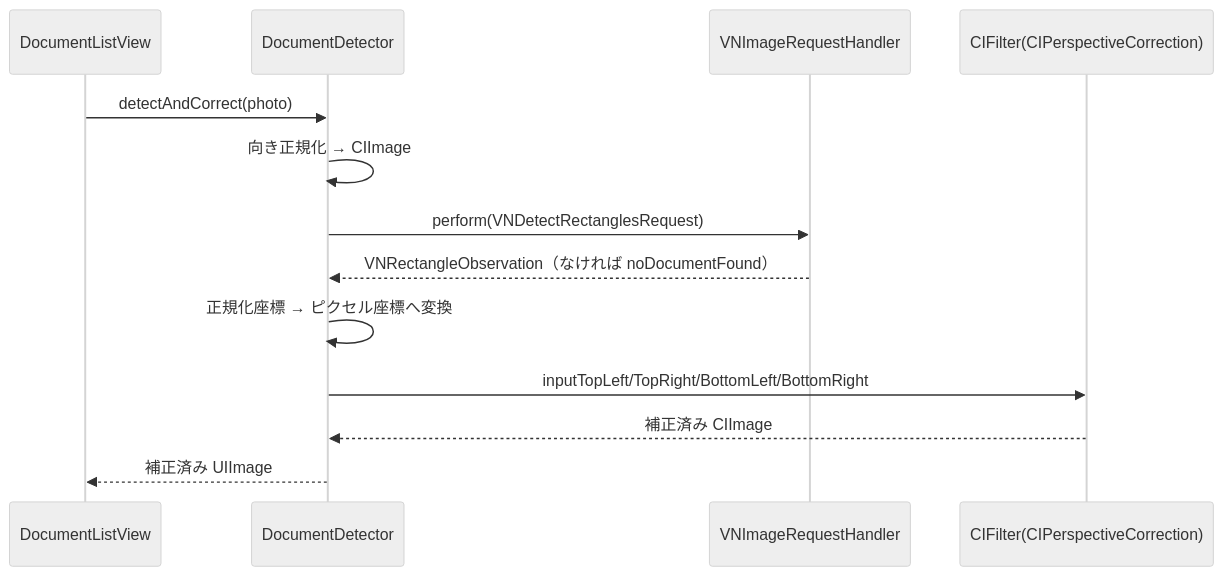
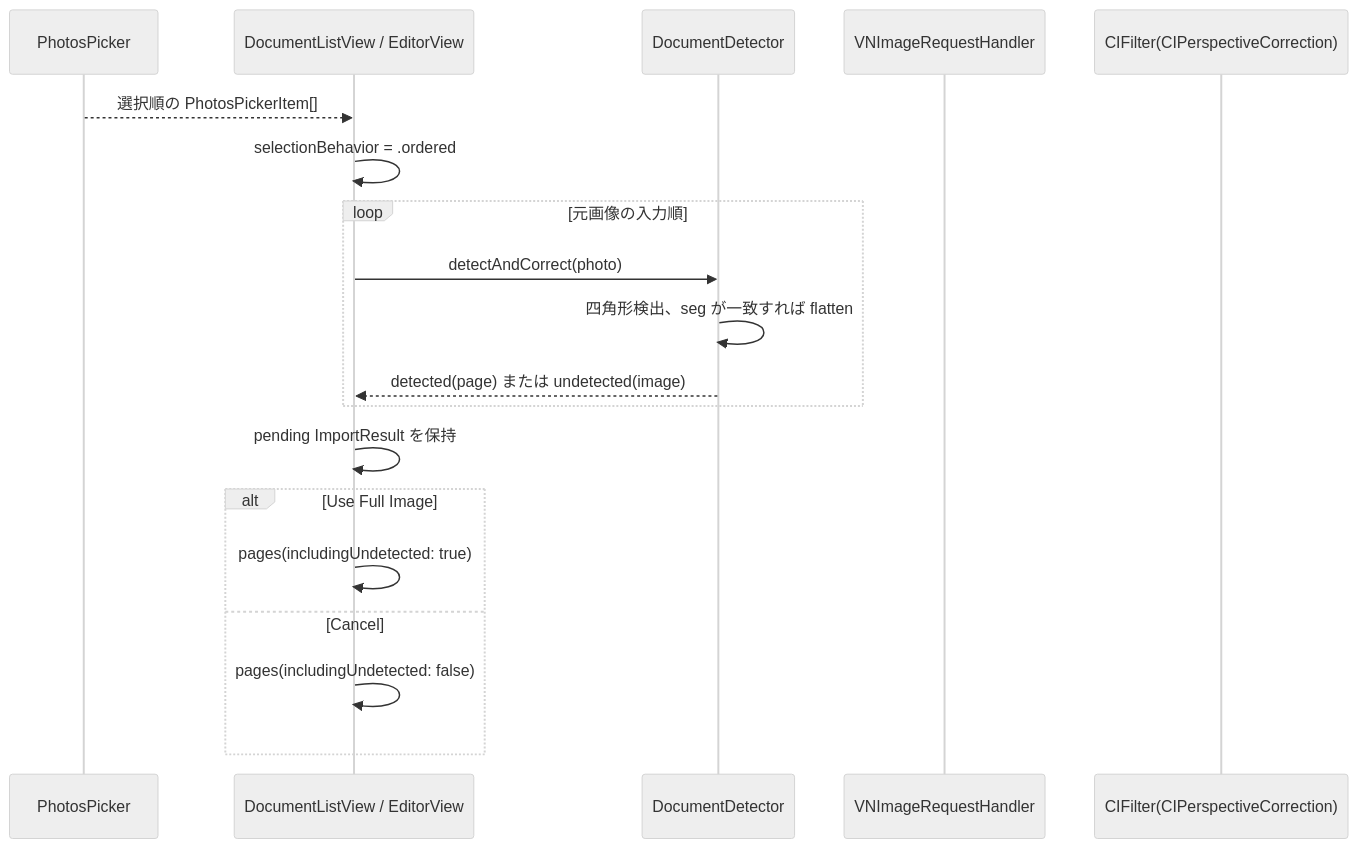
The second of 2 diagrams in DocScanner/Processing/README.md (gomurin0428/DocScanner), drawn with Mermaid (neutral theme) before and after one commit. The commit also changed other lines of this file and 22 other files, not shown here.

````diff
--- a/DocScanner/Processing/README.md
+++ b/DocScanner/Processing/README.md
@@ -96,15 +107,21 @@
 ```mermaid
 sequenceDiagram
-    participant UI as DocumentListView
+    participant Picker as PhotosPicker
+    participant UI as DocumentListView / EditorView
     participant Det as DocumentDetector
     participant VN as VNImageRequestHandler
     participant CI as CIFilter(CIPerspectiveCorrection)
-    UI->>Det: detectAndCorrect(photo)
-    Det->>Det: 向き正規化 → CIImage
-    Det->>VN: perform(VNDetectRectanglesRequest)
-    VN-->>Det: VNRectangleObservation（なければ noDocumentFound）
-    Det->>Det: 正規化座標 → ピクセル座標へ変換
-    Det->>CI: inputTopLeft/TopRight/BottomLeft/BottomRight
-    CI-->>Det: 補正済み CIImage
-    Det-->>UI: 補正済み UIImage
+    Picker-->>UI: 選択順の PhotosPickerItem[]
+    UI->>UI: selectionBehavior = .ordered
+    loop 元画像の入力順
+        UI->>Det: detectAndCorrect(photo)
+        Det->>Det: 四角形検出、seg が一致すれば flatten
+        Det-->>UI: detected(page) または undetected(image)
+    end
+    UI->>UI: pending ImportResult を保持
+    alt Use Full Image
+        UI->>UI: pages(includingUndetected: true)
+    else Cancel
+        UI->>UI: pages(includingUndetected: false)
+    end
 ```
````
